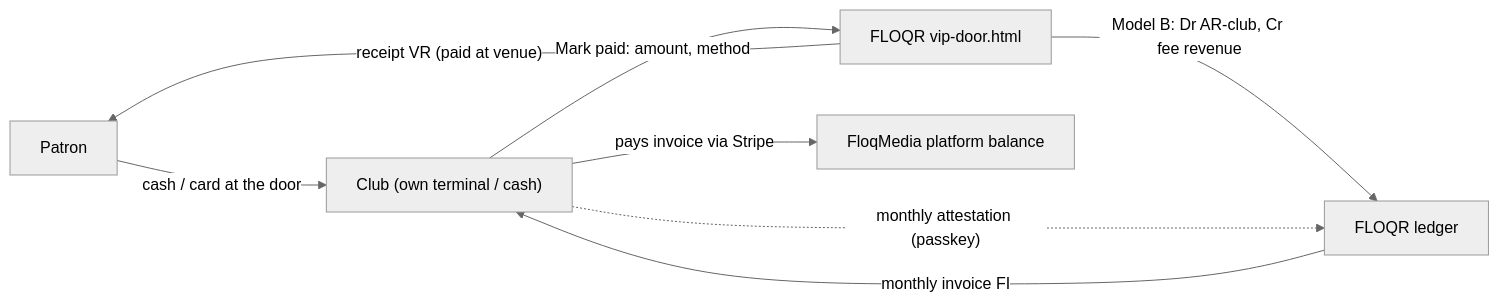
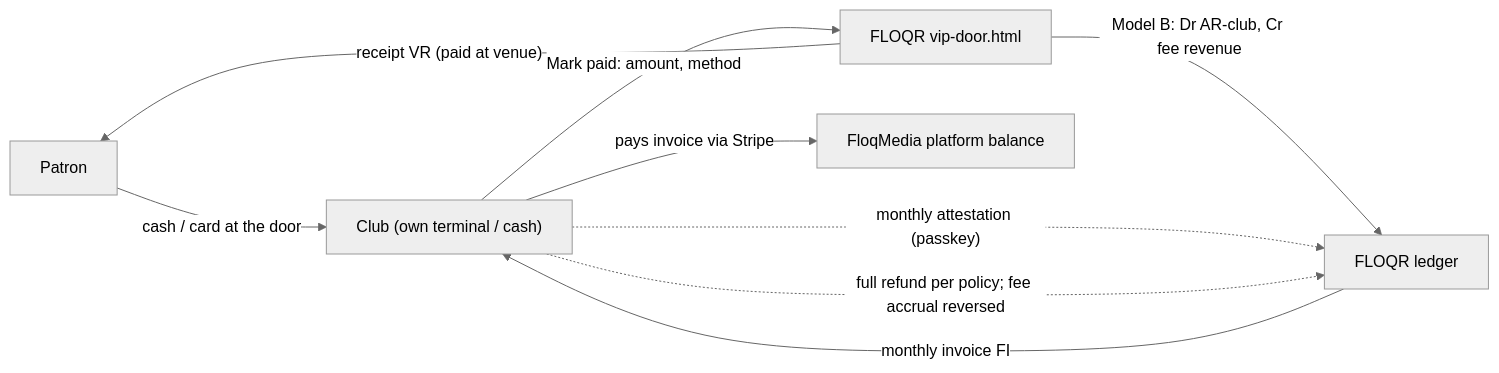
The fourth of 8 diagrams in reports/vip-notifications-billing.md (JadzAdCo/shoutout-demo), drawn with Mermaid (neutral theme) before and after one commit. The commit also changed other lines of this file and 4 other files, not shown here.

First line of the commit message:
docs: VIP billing decisions + promoter check AP flow + tested ledger prototype

````diff
--- a/reports/vip-notifications-billing.md
+++ b/reports/vip-notifications-billing.md
@@ -327,10 +329,11 @@
 ```mermaid
 flowchart LR
   P["Patron"] -->|"cash / card at the door"| V["Club (own terminal / cash)"]
   V -->|"Mark paid: amount, method"| F["FLOQR vip-door.html"]
   F -->|"receipt VR (paid at venue)"| P
   F -->|"Model B: Dr AR-club, Cr fee revenue"| L["FLOQR ledger"]
   L -->|"monthly invoice FI"| V
   V -->|"pays invoice via Stripe"| PB["FloqMedia platform balance"]
   V -.->|"monthly attestation (passkey)"| L
+  V -.->|"full refund per policy; fee accrual reversed"| L
 ```
````
